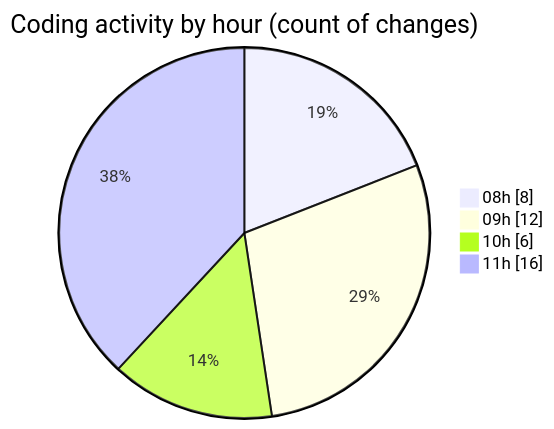
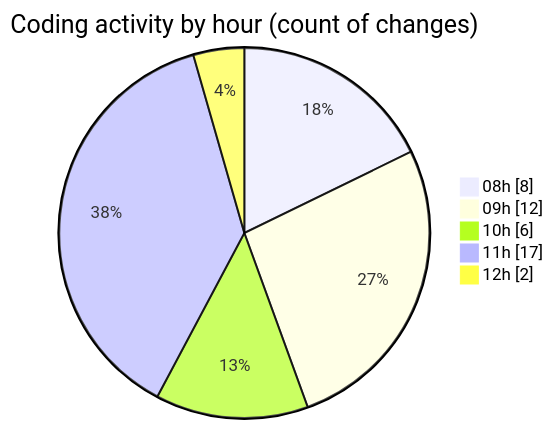
One commit to momahboobian/code-tracking changed the second of 2 diagrams in 2025-09-15/cda/README.md. Above: the diagram before and after it, drawn with Mermaid. The commit also changed other lines of this file and 1 other file, not shown here.

````diff
--- a/2025-09-15/cda/README.md
+++ b/2025-09-15/cda/README.md
@@ -31,8 +31,9 @@
 ```mermaid
 pie showData
 title Coding activity by hour (count of changes)
 "08h" : 8
 "09h" : 12
 "10h" : 6
-"11h" : 16
+"11h" : 17
+"12h" : 2
 ```
````
